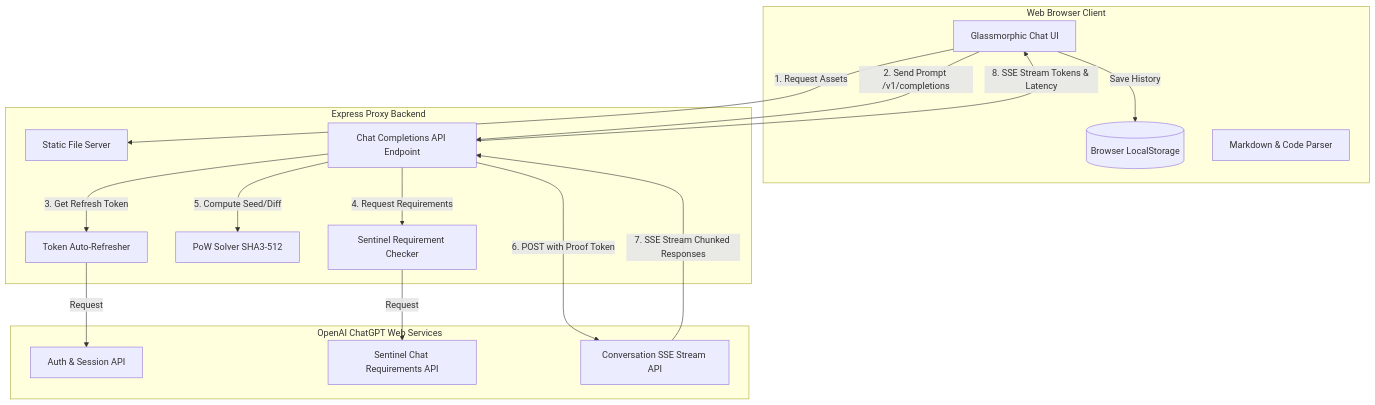
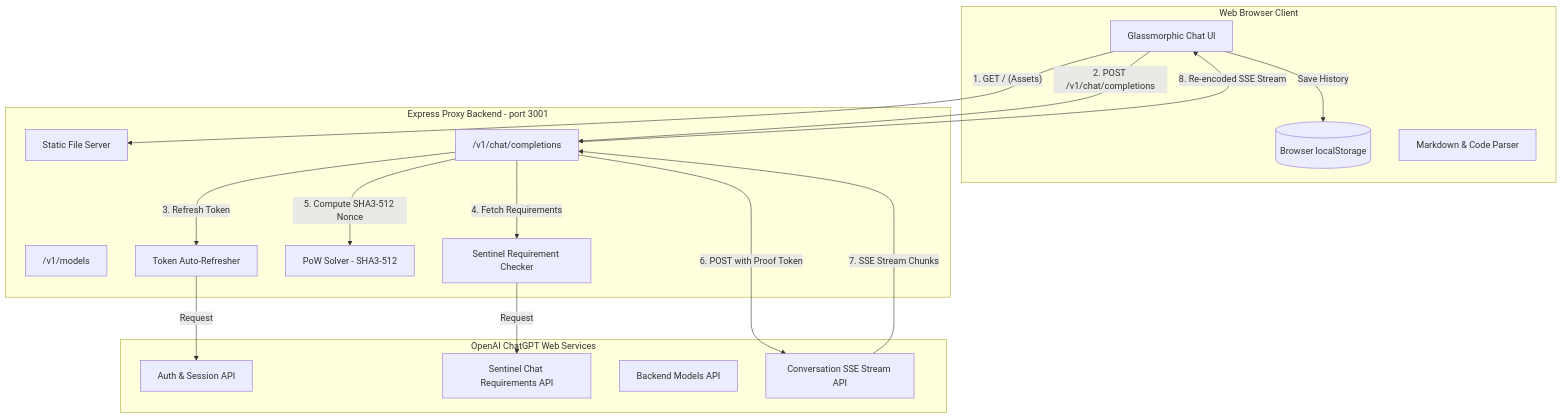
The diagram in DOCUMENTATION.md (utksh1/conduit), drawn with Mermaid before and after one commit. The commit also changed other lines of this file, not shown here.

````diff
--- a/DOCUMENTATION.md
+++ b/DOCUMENTATION.md
@@ -14,34 +15,36 @@
 ```mermaid
 flowchart TD
-    subgraph Browser Client [Web Browser Client]
+    subgraph Browser["Web Browser Client"]
         UI[Glassmorphic Chat UI]
-        LS[(Browser LocalStorage)]
+        LS[(Browser localStorage)]
         MD[Markdown & Code Parser]
     end
 
-    subgraph Proxy Server [Express Proxy Backend]
+    subgraph Proxy["Express Proxy Backend - port 3001"]
         Static[Static File Server]
-        Completions[Chat Completions API Endpoint]
+        Completions["/v1/chat/completions"]
+        Models["/v1/models"]
         Sentinel[Sentinel Requirement Checker]
-        PoW[PoW Solver SHA3-512]
+        PoW["PoW Solver - SHA3-512"]
         Auth[Token Auto-Refresher]
     end
 
-    subgraph Upstream [OpenAI ChatGPT Web Services]
+    subgraph Upstream["OpenAI ChatGPT Web Services"]
         AuthAPI[Auth & Session API]
         SentinelAPI[Sentinel Chat Requirements API]
+        ModelsAPI[Backend Models API]
         ConvAPI[Conversation SSE Stream API]
     end
 
-    UI -->|1. Request Assets| Static
-    UI -->|2. Send Prompt /v1/completions| Completions
-    Completions -->|3. Get Refresh Token| Auth
+    UI -->|"1. GET / (Assets)"| Static
+    UI -->|"2. POST /v1/chat/completions"| Completions
+    Completions -->|"3. Refresh Token"| Auth
     Auth -->|Request| AuthAPI
-    Completions -->|4. Request Requirements| Sentinel
+    Completions -->|"4. Fetch Requirements"| Sentinel
     Sentinel -->|Request| SentinelAPI
-    Completions -->|5. Compute Seed/Diff| PoW
-    Completions -->|6. POST with Proof Token| ConvAPI
-    ConvAPI -->|7. SSE Stream Chunked Responses| Completions
-    Completions -->|8. SSE Stream Tokens & Latency| UI
+    Completions -->|"5. Compute SHA3-512 Nonce"| PoW
+    Completions -->|"6. POST with Proof Token"| ConvAPI
+    ConvAPI -->|"7. SSE Stream Chunks"| Completions
+    Completions -->|"8. Re-encoded SSE Stream"| UI
     UI -->|Save History| LS
 ```
````
